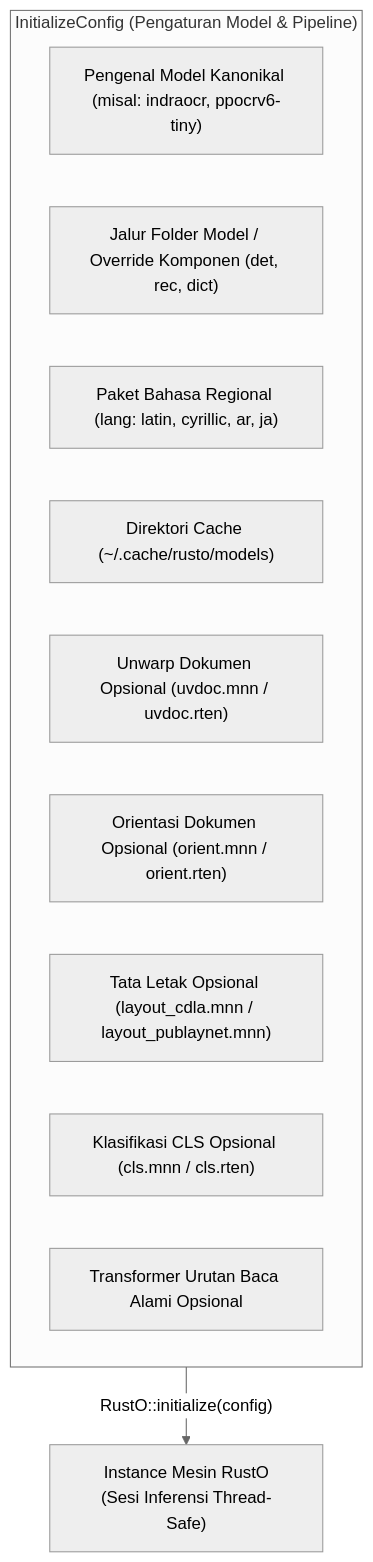
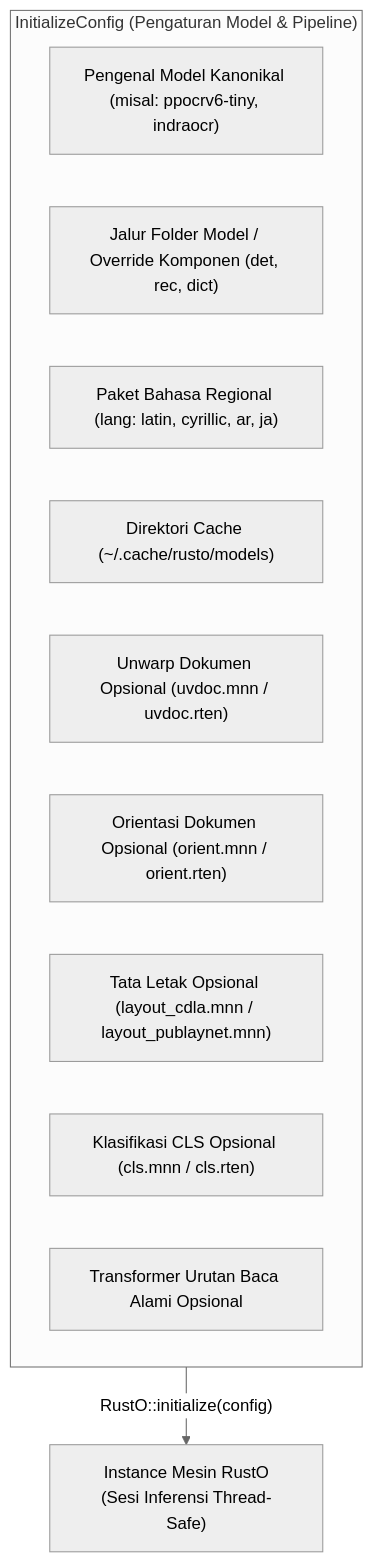
One commit to byrizki/rusto-rs changed the diagram in docs/content/id/04.api-reference/01.initialize-config.md. Above: the diagram before and after it, drawn with Mermaid (neutral theme). The commit also changed other lines of this file and 131 other files, not shown here.

````diff
--- a/docs/content/id/04.api-reference/01.initialize-config.md
+++ b/docs/content/id/04.api-reference/01.initialize-config.md
@@ -15,16 +15,16 @@
 ```mermaid
 flowchart TD
     subgraph Config ["InitializeConfig (Pengaturan Model & Pipeline)"]
-        M["Pengenal Model Kanonikal (misal: indraocr, ppocrv6-tiny)"]
+        M["Pengenal Model Kanonikal (misal: ppocrv6-tiny, indraocr)"]
         MP["Jalur Folder Model / Override Komponen (det, rec, dict)"]
         L["Paket Bahasa Regional (lang: latin, cyrillic, ar, ja)"]
         CD["Direktori Cache (~/.cache/rusto/models)"]
         U["Unwarp Dokumen Opsional (uvdoc.mnn / uvdoc.rten)"]
         O["Orientasi Dokumen Opsional (orient.mnn / orient.rten)"]
         LAY["Tata Letak Opsional (layout_cdla.mnn / layout_publaynet.mnn)"]
         C["Klasifikasi CLS Opsional (cls.mnn / cls.rten)"]
         RO["Transformer Urutan Baca Alami Opsional"]
     end
 
     Config -->|"RustO::initialize(config)"| Engine["Instance Mesin RustO<br/>(Sesi Inferensi Thread-Safe)"]
 ```
````
